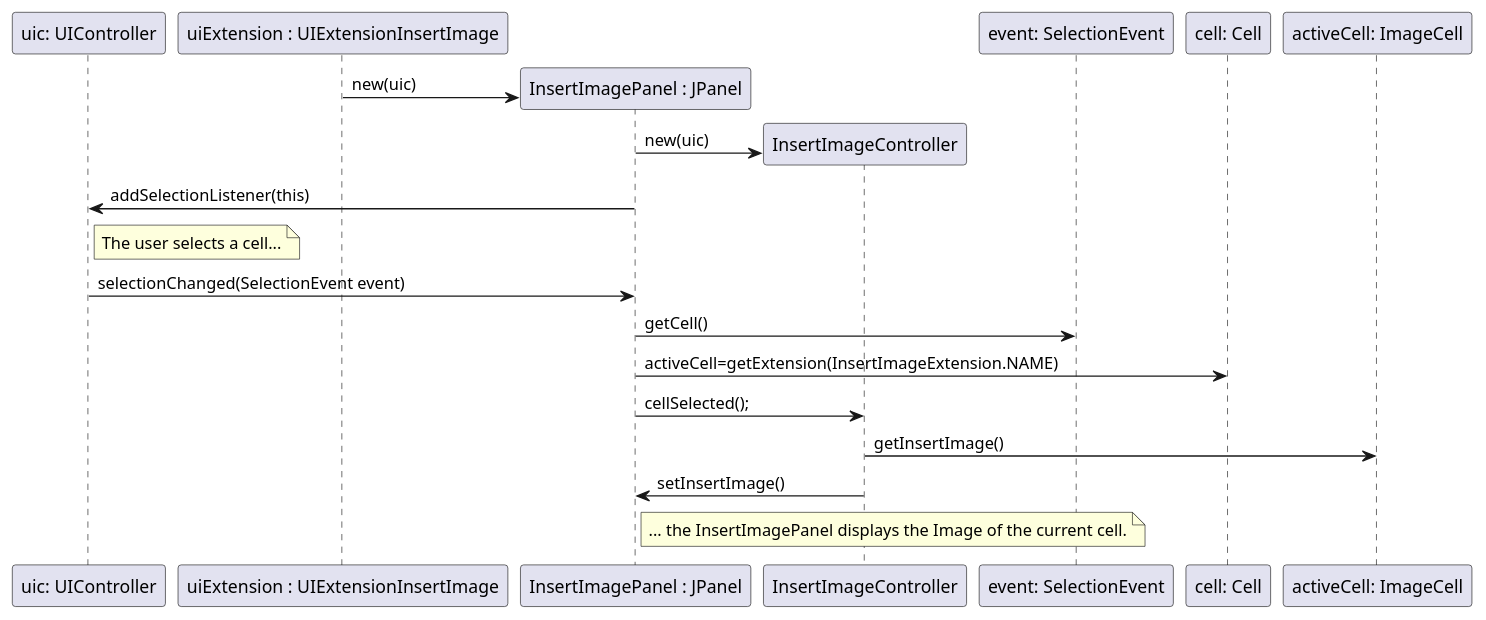
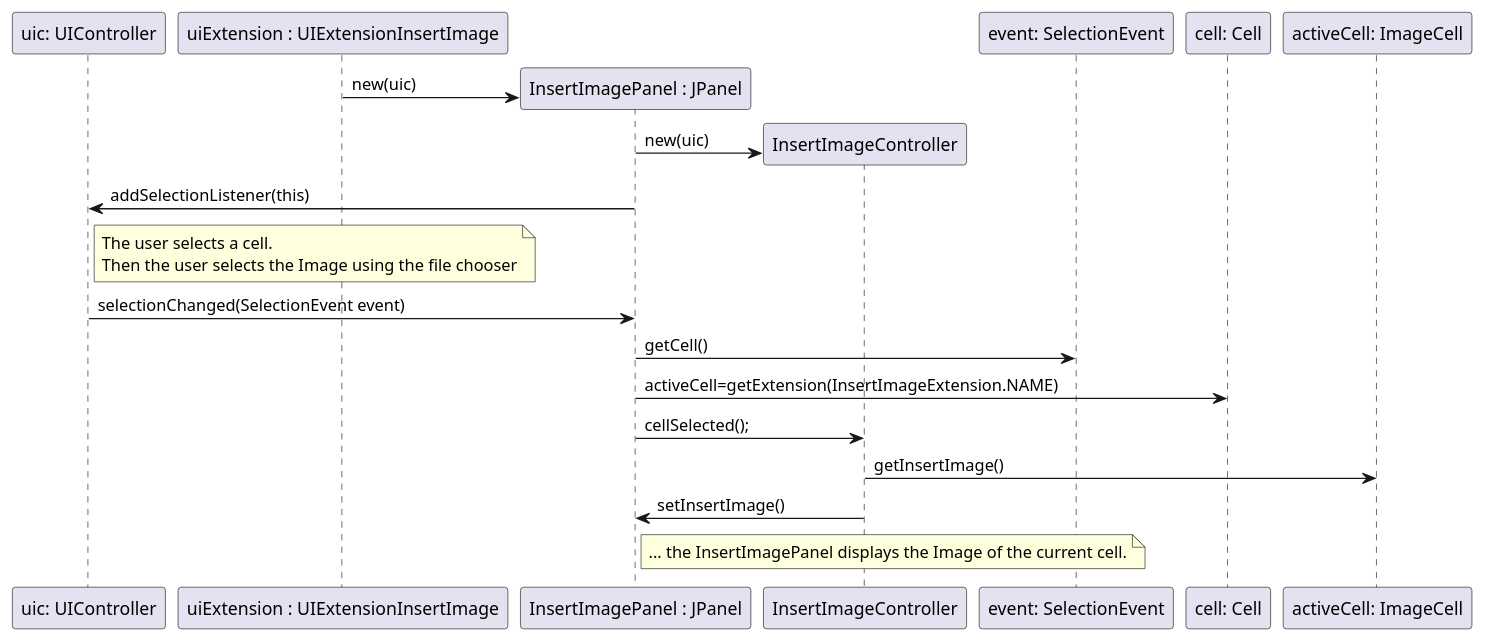
Before and after one commit to 1130348/Confusao: the diagram in src/csheets/userstories/core06_01/insert_image/i120836/core06_01_design2.puml, drawn with PlantUML. The commit also changed 8 other files, not shown here.

```diff
--- a/src/csheets/userstories/core06_01/insert_image/i120836/core06_01_design2.puml
+++ b/src/csheets/userstories/core06_01/insert_image/i120836/core06_01_design2.puml
@@ -1,33 +1,34 @@
 @startuml doc-files/insert_image_extension_design2.png
     participant "uic: UIController" as uic
     participant "uiExtension : UIExtensionInsertImage" as UIExt
     participant "InsertImagePanel : JPanel" as cp
     participant "InsertImageController" as ctrl
     participant "event: SelectionEvent" as event
     participant "cell: Cell" as cell
     participant "activeCell: ImageCell" as activeCell
-
+    
     create cp
     UIExt -> cp :  new(uic) 
     
     create ctrl
     cp -> ctrl : new(uic) 
     cp -> uic : addSelectionListener(this)
 
     note right of uic
-        The user selects a cell...
+        The user selects a cell.
+        Then the user selects the Image using the file chooser
     end note
 
     uic -> cp : selectionChanged(SelectionEvent event)
     cp -> event : getCell()
     cp -> cell : activeCell=getExtension(InsertImageExtension.NAME)
 
     cp -> ctrl : cellSelected();
     ctrl -> activeCell : getInsertImage()
     ctrl -> cp : setInsertImage()
 
     note right of cp
         ... the InsertImagePanel displays the Image of the current cell.
     end note
 
 @enduml
```
